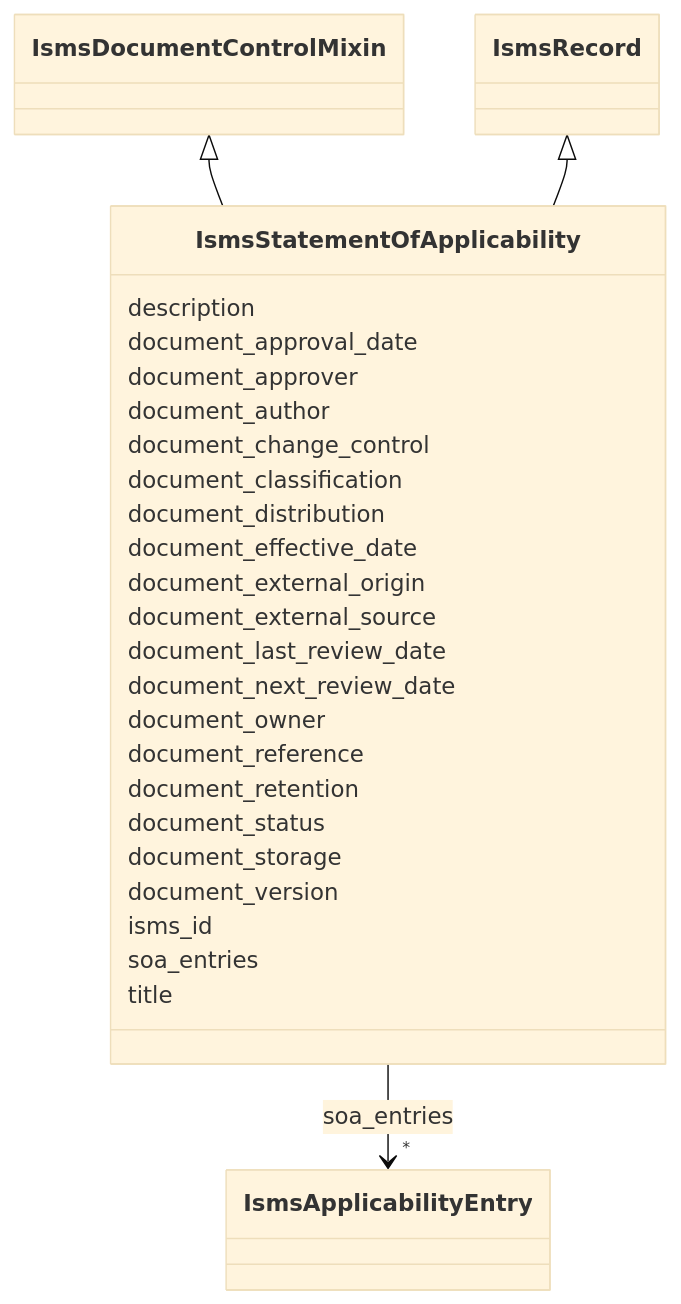
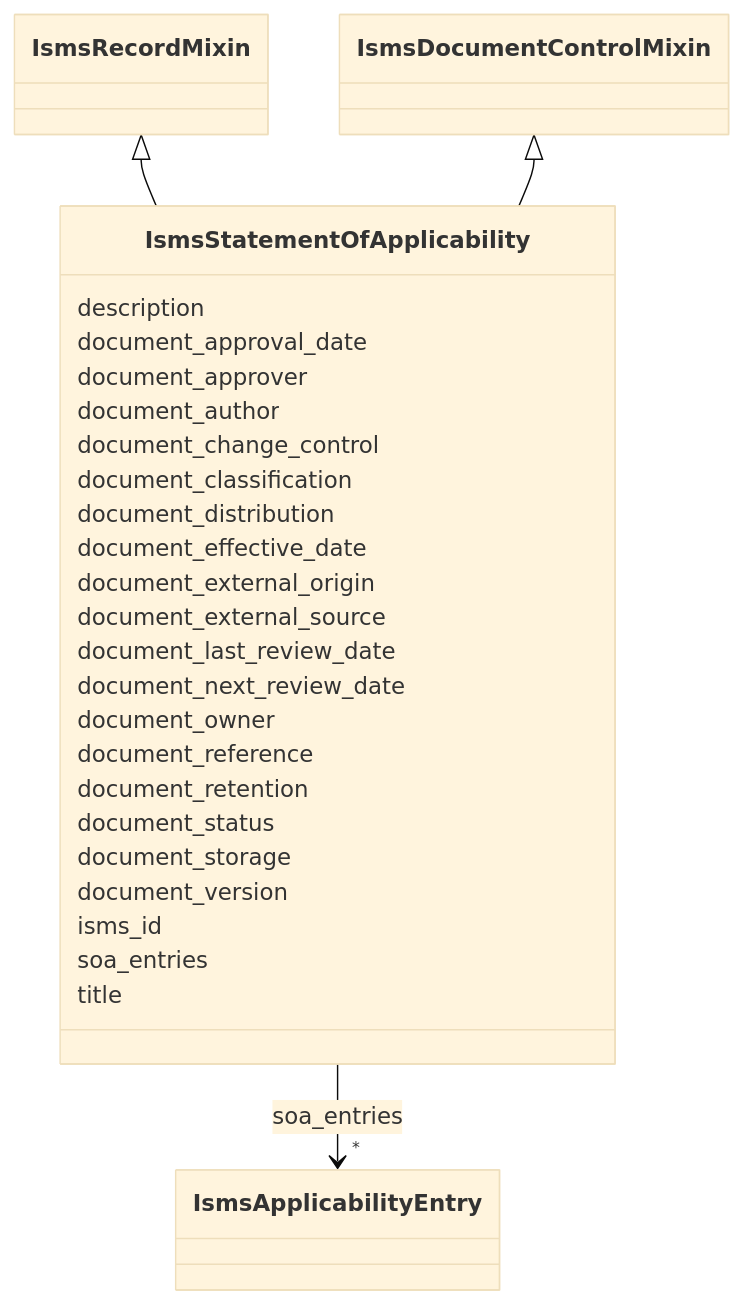
Before and after one commit to lmodel/iso27001: the diagram in project/mermaid/IsmsStatementOfApplicability.md, drawn with Mermaid (base theme). The commit also changed 171 other files, not shown here.

Commit message:
refactor(schema): make the record base a mixin so adapt can root records

````diff
--- a/project/mermaid/IsmsStatementOfApplicability.md
+++ b/project/mermaid/IsmsStatementOfApplicability.md
@@ -4,62 +4,62 @@
 ```mermaid
  classDiagram
     class IsmsStatementOfApplicability
     click IsmsStatementOfApplicability href "../IsmsStatementOfApplicability"
+      IsmsRecordMixin <|-- IsmsStatementOfApplicability
+        click IsmsRecordMixin href "../IsmsRecordMixin"
       IsmsDocumentControlMixin <|-- IsmsStatementOfApplicability
         click IsmsDocumentControlMixin href "../IsmsDocumentControlMixin"
-      IsmsRecord <|-- IsmsStatementOfApplicability
-        click IsmsRecord href "../IsmsRecord"
       
       IsmsStatementOfApplicability : description
         
       IsmsStatementOfApplicability : document_approval_date
         
       IsmsStatementOfApplicability : document_approver
         
       IsmsStatementOfApplicability : document_author
         
       IsmsStatementOfApplicability : document_change_control
         
       IsmsStatementOfApplicability : document_classification
         
       IsmsStatementOfApplicability : document_distribution
         
       IsmsStatementOfApplicability : document_effective_date
         
       IsmsStatementOfApplicability : document_external_origin
         
       IsmsStatementOfApplicability : document_external_source
         
       IsmsStatementOfApplicability : document_last_review_date
         
       IsmsStatementOfApplicability : document_next_review_date
         
       IsmsStatementOfApplicability : document_owner
         
       IsmsStatementOfApplicability : document_reference
         
       IsmsStatementOfApplicability : document_retention
         
       IsmsStatementOfApplicability : document_status
         
       IsmsStatementOfApplicability : document_storage
         
       IsmsStatementOfApplicability : document_version
         
       IsmsStatementOfApplicability : isms_id
         
       IsmsStatementOfApplicability : soa_entries
         
           
     
         
         
         IsmsStatementOfApplicability --> "*" IsmsApplicabilityEntry : soa_entries
         click IsmsApplicabilityEntry href "../IsmsApplicabilityEntry"
     
 
         
       IsmsStatementOfApplicability : title
         
       
 ```
````
